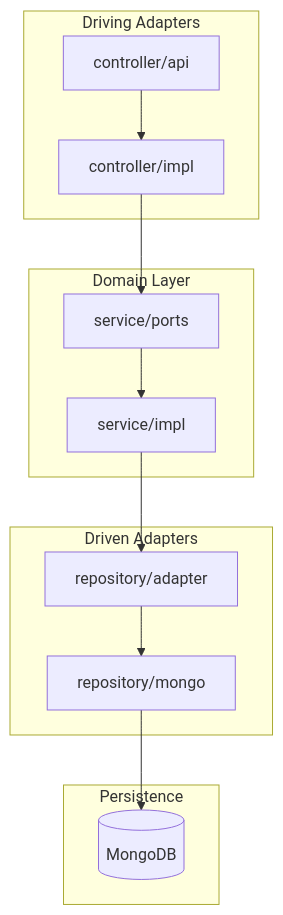
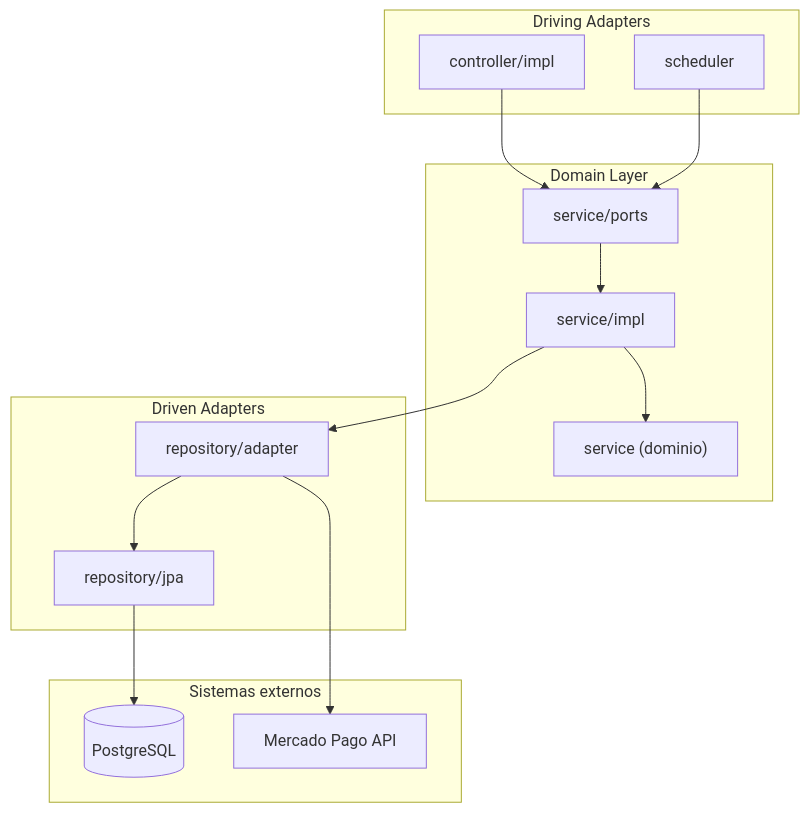
Before and after one commit to TECH-CUP-2026-INT/mk-payment-service: the diagram in docs/arquitectura.md, drawn with Mermaid. The commit also changed other lines of this file and 7 other files, not shown here.

````diff
--- a/docs/arquitectura.md
+++ b/docs/arquitectura.md
@@ -7,23 +7,30 @@
 ```mermaid
 flowchart TB
     subgraph driving["Driving Adapters"]
-        API["controller/api"]
         IMPL["controller/impl"]
+        SCHED["scheduler"]
     end
 
     subgraph domain["Domain Layer"]
         PORTS["service/ports"]
         SVC["service/impl"]
+        DOM["service (dominio)"]
     end
 
     subgraph driven["Driven Adapters"]
-        MONGO["repository/mongo"]
+        JPAREPO["repository/jpa"]
         ADAPTER["repository/adapter"]
     end
 
-    subgraph persistence["Persistence"]
-        DB[("MongoDB")]
+    subgraph external["Sistemas externos"]
+        DB[("PostgreSQL")]
+        MP["Mercado Pago API"]
     end
 
-    API --> IMPL --> PORTS --> SVC --> ADAPTER --> MONGO --> DB
+    IMPL --> PORTS
+    SCHED --> PORTS
+    PORTS --> SVC --> DOM
+    SVC --> ADAPTER
+    ADAPTER --> JPAREPO --> DB
+    ADAPTER --> MP
 ```
````
